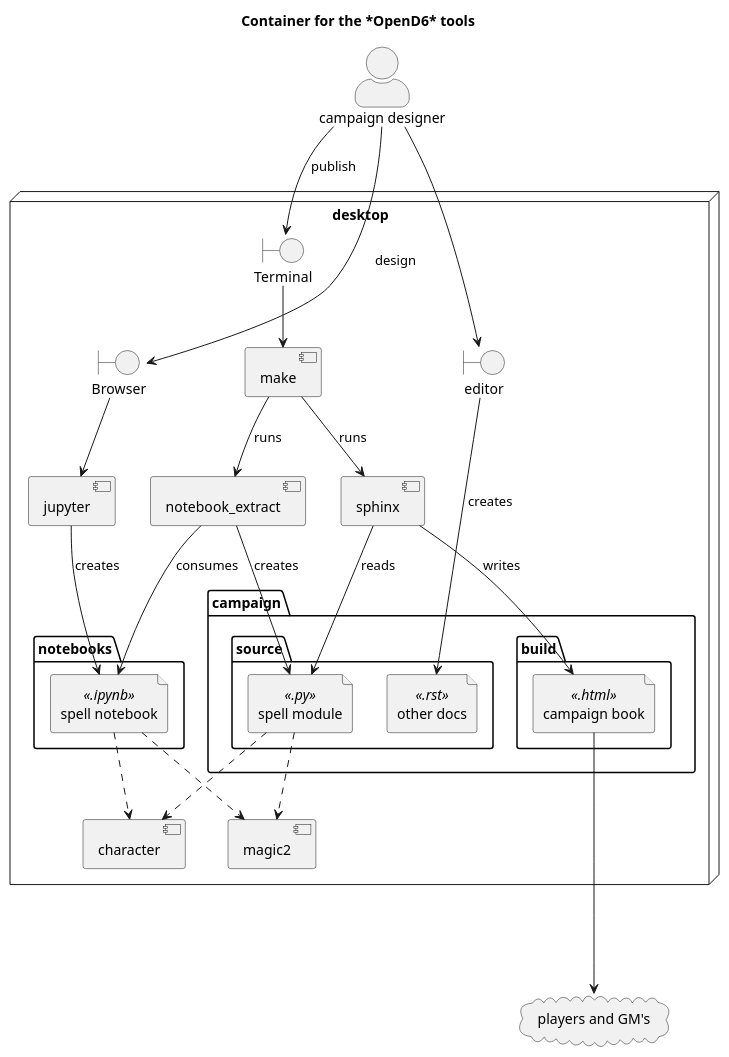
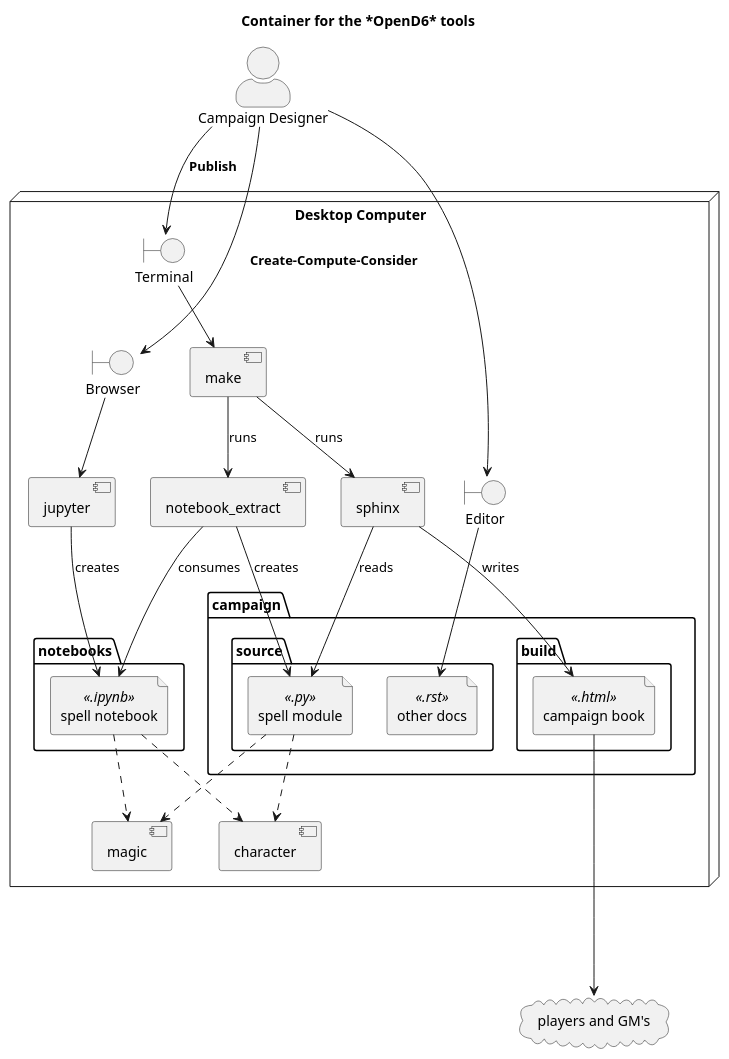
The second of 4 diagrams in docs/architecture.rst (slott56/opend6-tools), drawn with PlantUML before and after one commit. The commit also changed other lines of this file and 589 other files, not shown here.

```diff
--- a/docs/architecture.rst
+++ b/docs/architecture.rst
@@ -241,60 +160,59 @@
 ..  uml::
 
     @startuml
-        'https://plantuml.com/deployment-diagram
+    'https://plantuml.com/deployment-diagram
     skinparam actorStyle awesome
 
     title Container for the *OpenD6* tools
 
-
-    node desktop {
+    node desktop as "Desktop Computer" {
         boundary Browser
         boundary Terminal
 
         component jupyter
         component sphinx
-        boundary editor
+        boundary Editor
         folder notebooks {
             file "spell notebook" as nb <<.ipynb>>
         }
         folder campaign {
             folder source {
                 file "spell module" as py <<.py>>
                 file "other docs" <<.rst>>
             }
             folder build {
                 file "campaign book" as book <<.html>>
             }
         }
         component notebook_extract
         notebook_extract --> nb : "consumes"
         notebook_extract --> py : "creates"
         jupyter --> nb : "creates"
         Browser --> jupyter
 
         sphinx --> py : "reads"
         sphinx --> book : "writes"
 
         component make
         make --> sphinx : "runs"
         make --> notebook_extract : "runs"
         Terminal --> make
 
-        component magic2
+        component magic
         component character
-        nb ..> magic2
+        nb ..> magic
         nb ..> character
-        py ..> magic2
+        py ..> magic
         py ..> character
 
-        editor ---> "other docs"  : "creates"
+        Editor --> "other docs"
     }
-    actor "campaign designer" as gm
-    gm --> Browser : "design"
-    gm --> Terminal : "publish"
+    actor "Campaign Designer" as gm
+    gm --> Browser : "**Create-Compute-Consider**"
+    gm --> Terminal : "**Publish**"
 
-    gm --> editor
+    gm --> Editor
 
     cloud "players and GM's" as players
     book ----> players
     @enduml
```
